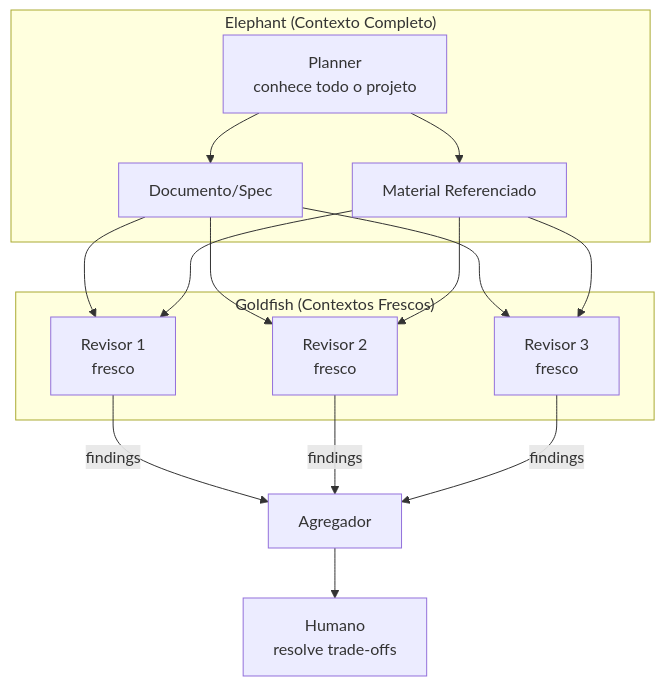
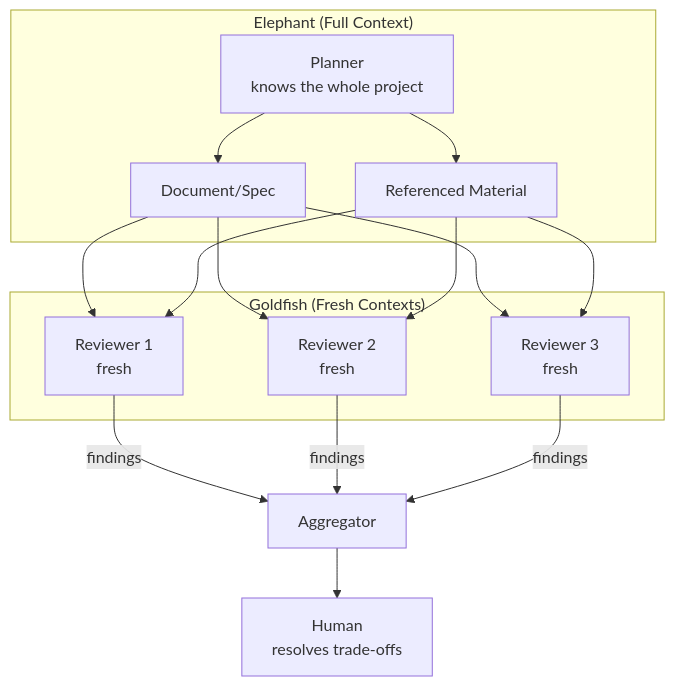
Before and after one commit to leonardo-moraes360/toolbelt: diagram 11 of 17 in docs/arquitetura.md, drawn with Mermaid. The commit also changed other lines of this file and 9 other files, not shown here.

````diff
--- a/docs/arquitetura.md
+++ b/docs/arquitetura.md
@@ -677,27 +677,27 @@
 ```mermaid
 graph TB
-    subgraph "Elephant (Contexto Completo)"
-        PLANNER[Planner<br/>conhece todo o projeto]
-        PLANNER --> DOC[Documento/Spec]
-        PLANNER --> REFS[Material Referenciado]
+    subgraph "Elephant (Full Context)"
+        PLANNER[Planner<br/>knows the whole project]
+        PLANNER --> DOC[Document/Spec]
+        PLANNER --> REFS[Referenced Material]
     end
 
-    subgraph "Goldfish (Contextos Frescos)"
-        G1[Revisor 1<br/>fresco]
-        G2[Revisor 2<br/>fresco]
-        G3[Revisor 3<br/>fresco]
+    subgraph "Goldfish (Fresh Contexts)"
+        G1[Reviewer 1<br/>fresh]
+        G2[Reviewer 2<br/>fresh]
+        G3[Reviewer 3<br/>fresh]
     end
 
     DOC --> G1
     DOC --> G2
     DOC --> G3
     REFS --> G1
     REFS --> G2
     REFS --> G3
 
-    G1 --> |findings| AGG[Agregador]
+    G1 --> |findings| AGG[Aggregator]
     G2 --> |findings| AGG
     G3 --> |findings| AGG
 
-    AGG --> HUMAN[Humano<br/>resolve trade-offs]
+    AGG --> HUMAN[Human<br/>resolves trade-offs]
 ```
````
